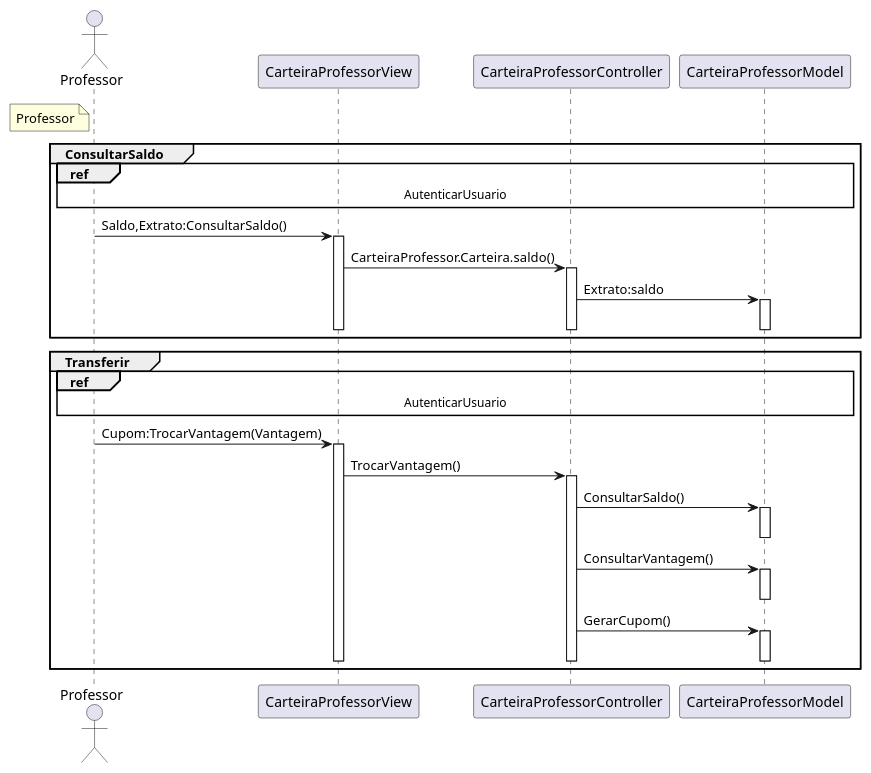
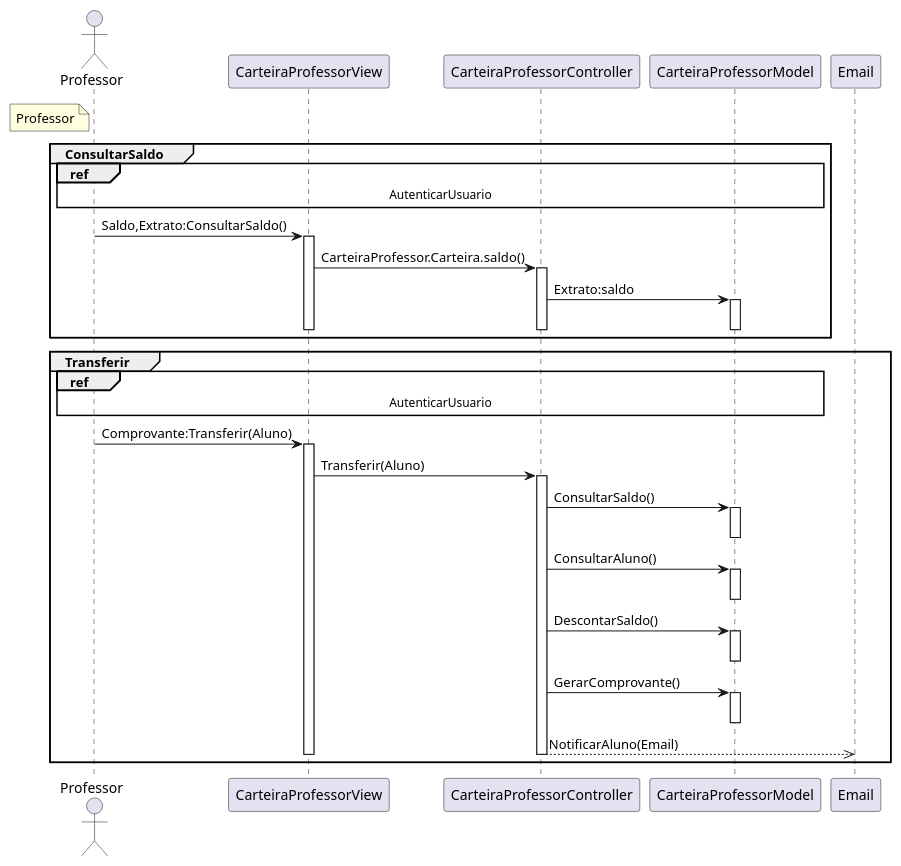
One commit to G4BR-13-L/lab-desenvolvimento-de-software changed the diagram in laboratorio-4/sprint-1/projeto/plantuml/sequencia/Professor.plantuml. Above: the diagram before and after it, drawn with PlantUML. The commit also changed 13 other files, not shown here.

Commit message:
Gerados os novos diagramas

```diff
--- a/laboratorio-4/sprint-1/projeto/plantuml/sequencia/Professor.plantuml
+++ b/laboratorio-4/sprint-1/projeto/plantuml/sequencia/Professor.plantuml
@@ -1,48 +1,52 @@
 @startuml Professor
 
 actor "Professor" as Professor
 note left of Professor #LightYellow
     Professor
 end note
 
 participant "CarteiraProfessorView" as CarteiraProfessorView
 participant "CarteiraProfessorController" as CarteiraProfessorController
 participant "CarteiraProfessorModel" as CarteiraProfessorModel
 
 group ConsultarSaldo
     ref over Professor,CarteiraProfessorView, CarteiraProfessorController, CarteiraProfessorModel : AutenticarUsuario
     Professor -> CarteiraProfessorView : Saldo,Extrato:ConsultarSaldo()
     activate CarteiraProfessorView
     CarteiraProfessorView -> CarteiraProfessorController : CarteiraProfessor.Carteira.saldo()
     activate CarteiraProfessorController
     CarteiraProfessorController -> CarteiraProfessorModel : Extrato:saldo
     activate CarteiraProfessorModel
     deactivate CarteiraProfessorModel
     deactivate CarteiraProfessorController
     deactivate CarteiraProfessorView
 end
 
 group Transferir
     ref over Professor,CarteiraProfessorView, CarteiraProfessorController, CarteiraProfessorModel : AutenticarUsuario
-    Professor -> CarteiraProfessorView :  Cupom:TrocarVantagem(Vantagem)
+    Professor -> CarteiraProfessorView :  Comprovante:Transferir(Aluno)
     activate CarteiraProfessorView
-    CarteiraProfessorView -> CarteiraProfessorController : TrocarVantagem()
+    CarteiraProfessorView -> CarteiraProfessorController : Transferir(Aluno)
     activate CarteiraProfessorController
     CarteiraProfessorController -> CarteiraProfessorModel : ConsultarSaldo()
     activate CarteiraProfessorModel
     deactivate CarteiraProfessorModel
-    CarteiraProfessorController -> CarteiraProfessorModel : ConsultarVantagem()
+    CarteiraProfessorController -> CarteiraProfessorModel : ConsultarAluno()
     activate CarteiraProfessorModel
     deactivate  CarteiraProfessorModel
-    CarteiraProfessorController -> CarteiraProfessorModel : GerarCupom()
+    CarteiraProfessorController -> CarteiraProfessorModel : DescontarSaldo()
     activate CarteiraProfessorModel
     deactivate CarteiraProfessorModel
+    CarteiraProfessorController -> CarteiraProfessorModel : GerarComprovante()
+    activate CarteiraProfessorModel
+    deactivate CarteiraProfessorModel
+    CarteiraProfessorController -->> Email : NotificarAluno(Email)
     deactivate CarteiraProfessorController
     deactivate CarteiraProfessorView
 end
 ' --> Sincrono
 ' -->> Assincrono
 ' <-- Retorno Sincrono
 ' <<-- Retorno Assíncrono
 
 @enduml
```
